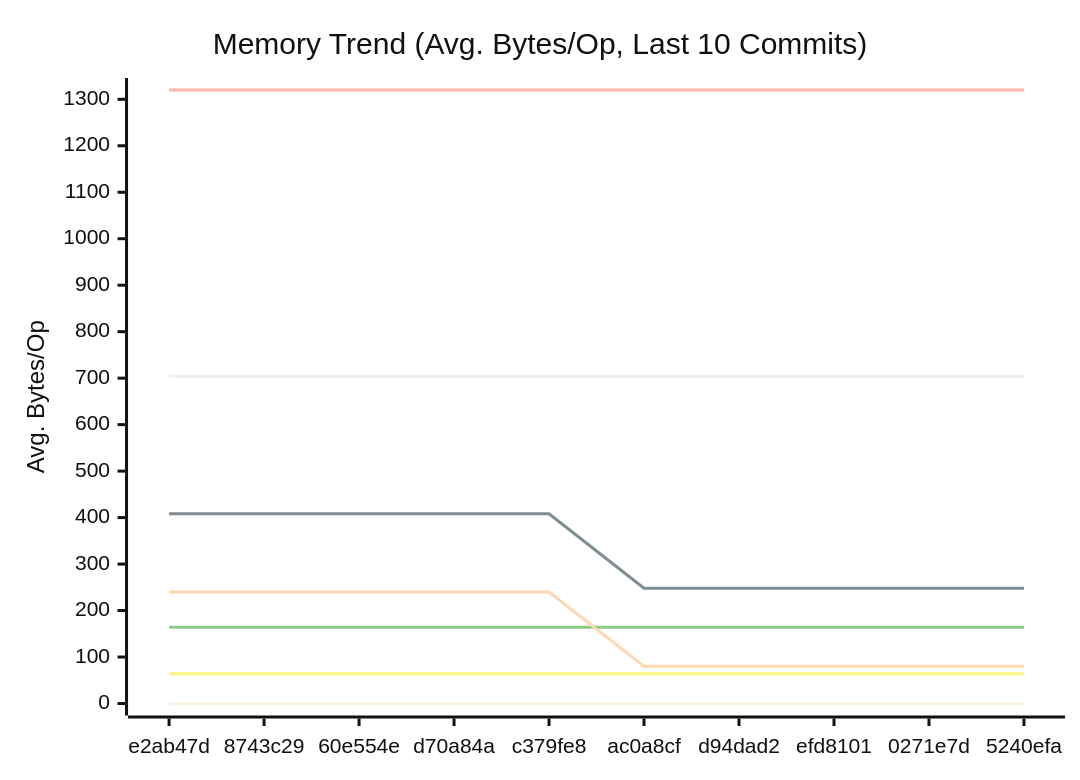
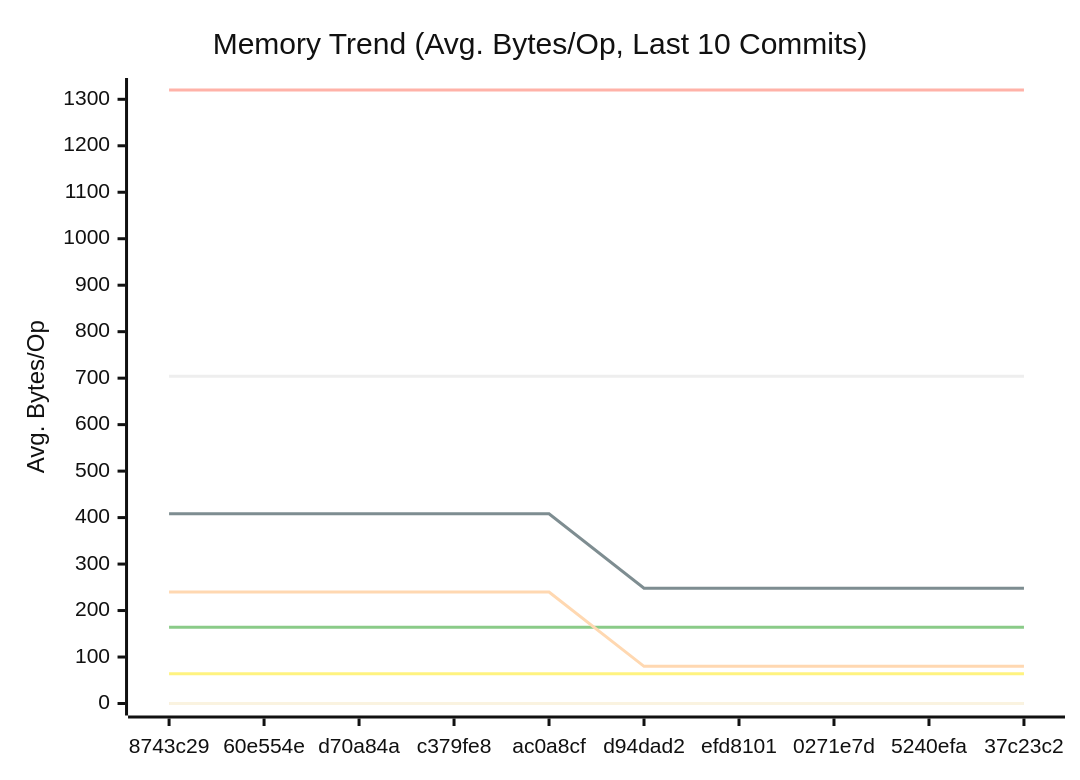
Before and after one commit to alsotoes/momo: the second of 3 diagrams in docs/PERFORMANCE.md, drawn with Mermaid (neutral theme). The commit also changed other lines of this file and 9 other files, not shown here.

````diff
--- a/docs/PERFORMANCE.md
+++ b/docs/PERFORMANCE.md
@@ -152,18 +152,18 @@
 ```mermaid
 xychart-beta
     title "Memory Trend (Avg. Bytes/Op, Last 10 Commits)"
     x-axis "Commit"
     y-axis "Avg. Bytes/Op"
-    x-axis [e2ab47d,8743c29,60e554e,d70a84a,c379fe8,ac0a8cf,d94dad2,efd8101,0271e7d,5240efa]
+    x-axis [8743c29,60e554e,d70a84a,c379fe8,ac0a8cf,d94dad2,efd8101,0271e7d,5240efa,37c23c2]
     line "CheckMetricsAndSwap" [0,0,0,0,0,0,0,0,0,0]
     line "CrushOptimized" [0,0,0,0,0,0,0,0,0,0]
     line "CrushOriginal" [164,164,164,164,164,164,164,164,164,164]
     line "IndexDirectTracking" [0,0,0,0,0,0,0,0,0,0]
     line "IndexSearch" [0,0,0,0,0,0,0,0,0,0]
     line "LoadGlobalConfig" [1320,1320,1320,1320,1320,1320,1320,1320,1320,1320]
     line "PadString" [64,64,64,64,64,64,64,64,64,64]
     line "ParseReplicationOrder_NoPrealloc" [408,408,408,408,408,248,248,248,248,248]
     line "ParseReplicationOrder_Prealloc" [240,240,240,240,240,80,80,80,80,80]
     line "SanitizeLog/Safe" [0,0,0,0,0,0,0,0,0,0]
     line "SanitizeLog/Unsafe" [704,704,704,704,704,704,704,704,704,704]
 ```
````
